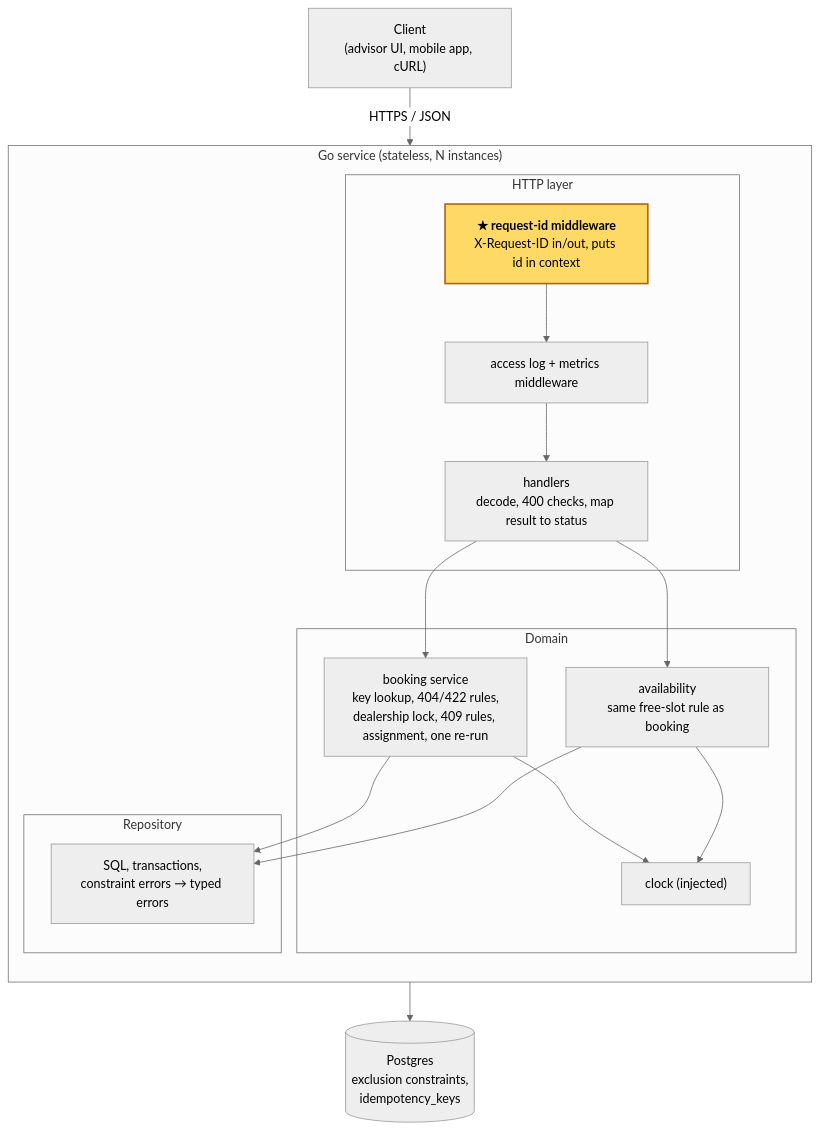
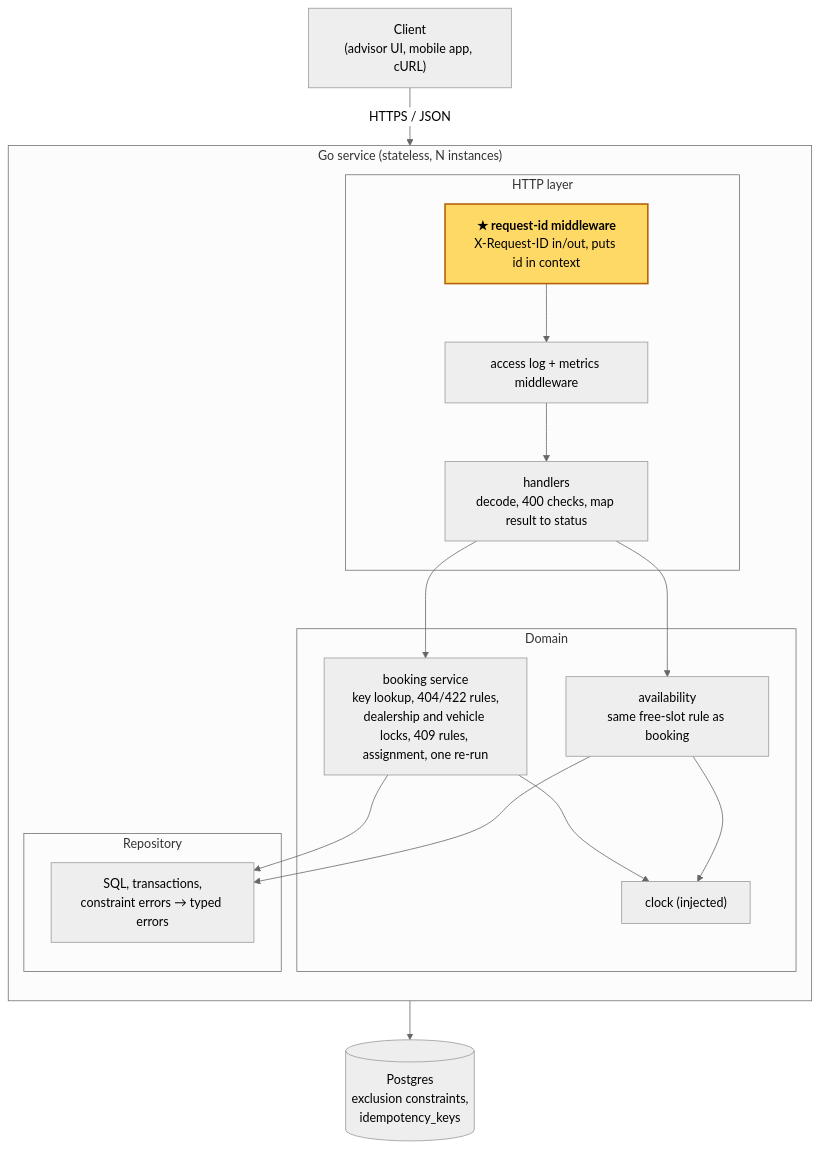
One commit to vumanhcuongit/service-bay-scheduler changed the diagram in docs/design.md. Above: the diagram before and after it, drawn with Mermaid (neutral theme). The commit also changed other lines of this file and 4 other files, not shown here.

````diff
--- a/docs/design.md
+++ b/docs/design.md
@@ -30,36 +32,36 @@
 ```mermaid
 flowchart TB
     client["Client<br/>(advisor UI, mobile app, cURL)"]
 
     subgraph svc["Go service (stateless, N instances)"]
         direction TB
         subgraph http["HTTP layer"]
             rid["<b>★ request-id middleware</b><br/>X-Request-ID in/out, puts id in context"]
             acc["access log + metrics middleware"]
             h["handlers<br/>decode, 400 checks, map result to status"]
             rid --> acc --> h
         end
         subgraph domain["Domain"]
-            book["booking service<br/>key lookup, 404/422 rules,<br/>dealership lock, 409 rules, assignment, one re-run"]
+            book["booking service<br/>key lookup, 404/422 rules,<br/>dealership and vehicle locks, 409 rules, assignment, one re-run"]
             avail["availability<br/>same free-slot rule as booking"]
             clock["clock (injected)"]
         end
         subgraph repository["Repository"]
             repo["SQL, transactions,<br/>constraint errors → typed errors"]
         end
         h --> book
         h --> avail
         book --> clock
         avail --> clock
         book --> repo
         avail --> repo
     end
 
     pg[("Postgres<br/>exclusion constraints,<br/>idempotency_keys")]
 
     client -->|HTTPS / JSON| rid
     repo --> pg
 
     classDef marked fill:#ffd966,stroke:#b45f06,stroke-width:2px
     class rid marked
 ```
````
